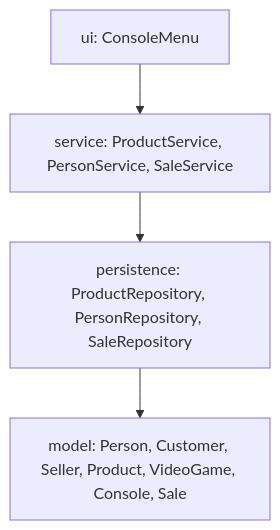
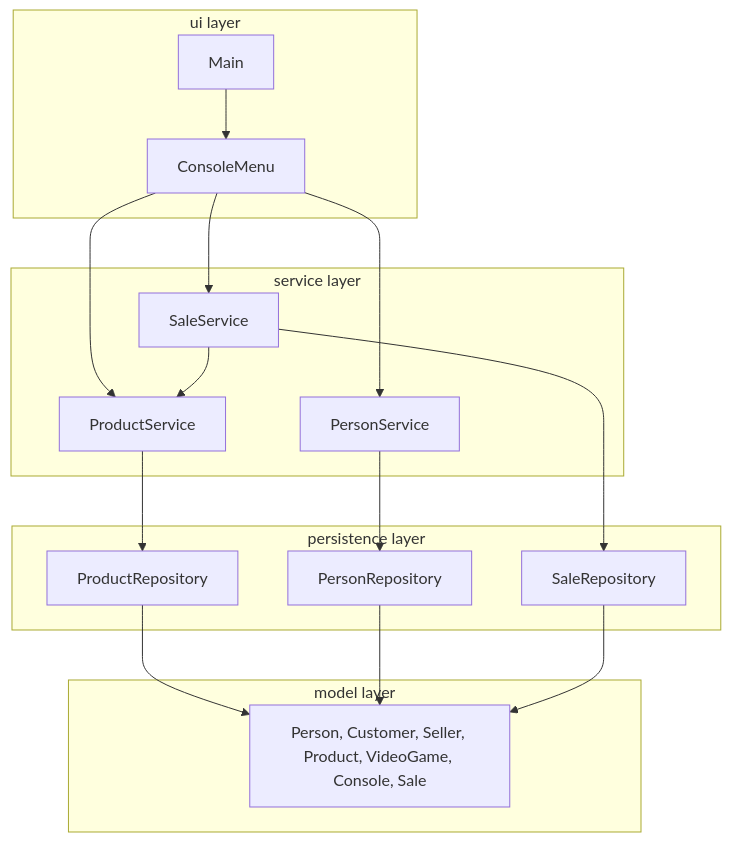
The diagram in docs/layers-diagram.md (rjacostam/Gamezone-Unicesar), drawn with Mermaid before and after one commit. The commit also changed other lines of this file and 19 other files, not shown here.

````diff
--- a/docs/layers-diagram.md
+++ b/docs/layers-diagram.md
@@ -3,6 +3,31 @@
 ```mermaid
 flowchart TB
-    UI["ui: ConsoleMenu"] --> SVC["service: ProductService, PersonService, SaleService"]
-    SVC --> PERS["persistence: ProductRepository, PersonRepository, SaleRepository"]
-    PERS --> MOD["model: Person, Customer, Seller, Product, VideoGame, Console, Sale"]
+    subgraph UI["ui layer"]
+        CM[ConsoleMenu]
+        MN[Main]
+    end
+    subgraph SVC["service layer"]
+        PS[ProductService]
+        PES[PersonService]
+        SS[SaleService]
+    end
+    subgraph PER["persistence layer"]
+        PR[ProductRepository]
+        PER2[PersonRepository]
+        SR[SaleRepository]
+    end
+    subgraph MOD["model layer"]
+        MO[Person, Customer, Seller, Product, VideoGame, Console, Sale]
+    end
+    CM --> PS
+    CM --> PES
+    CM --> SS
+    MN --> CM
+    PS --> PR
+    PES --> PER2
+    SS --> SR
+    SS --> PS
+    PR --> MO
+    PER2 --> MO
+    SR --> MO
 ```
````
